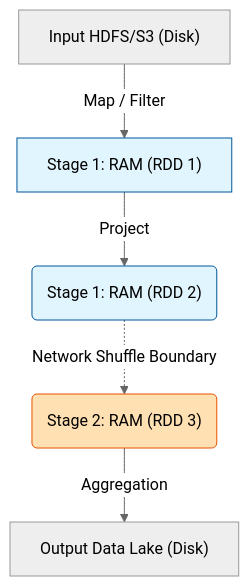
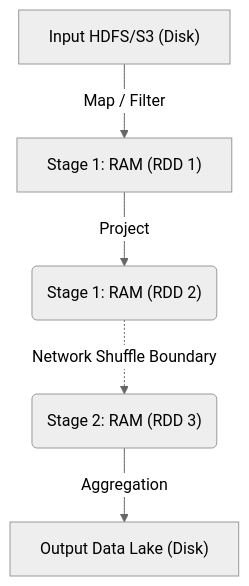
One commit to kythuatdulieu/kythuatdulieu.github.io changed the diagram in src/content/docs/concepts/4-compute-engines-batch/batch-processing.md. Above: the diagram before and after it, drawn with Mermaid (neutral theme). The commit also changed 682 other files, not shown here.

````diff
--- a/src/content/docs/concepts/4-compute-engines-batch/batch-processing.md
+++ b/src/content/docs/concepts/4-compute-engines-batch/batch-processing.md
@@ -59,11 +59,10 @@
 ```mermaid
 graph TD
     A["Input HDFS/S3 (Disk)"] -->|Map / Filter| B["Stage 1: RAM (RDD 1)"]
     B -->|Project| C("Stage 1: RAM (RDD 2)")
     C -.->|"Network Shuffle Boundary"| D("Stage 2: RAM (RDD 3)")
     D -->|Aggregation| E["Output Data Lake (Disk)"]
-    
-    style B fill:#e1f5fe,stroke:#01579b
-    style C fill:#e1f5fe,stroke:#01579b
-    style D fill:#ffe0b2,stroke:#e65100
+
+
+
 ```
````
